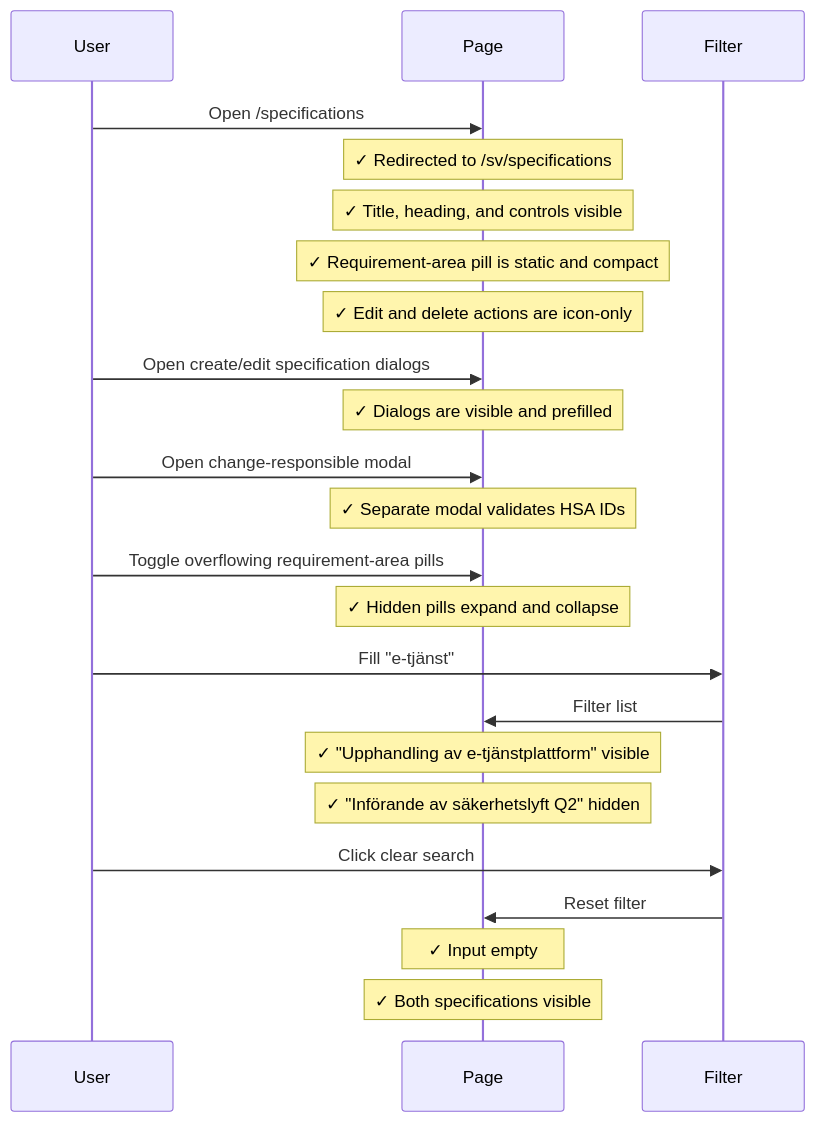
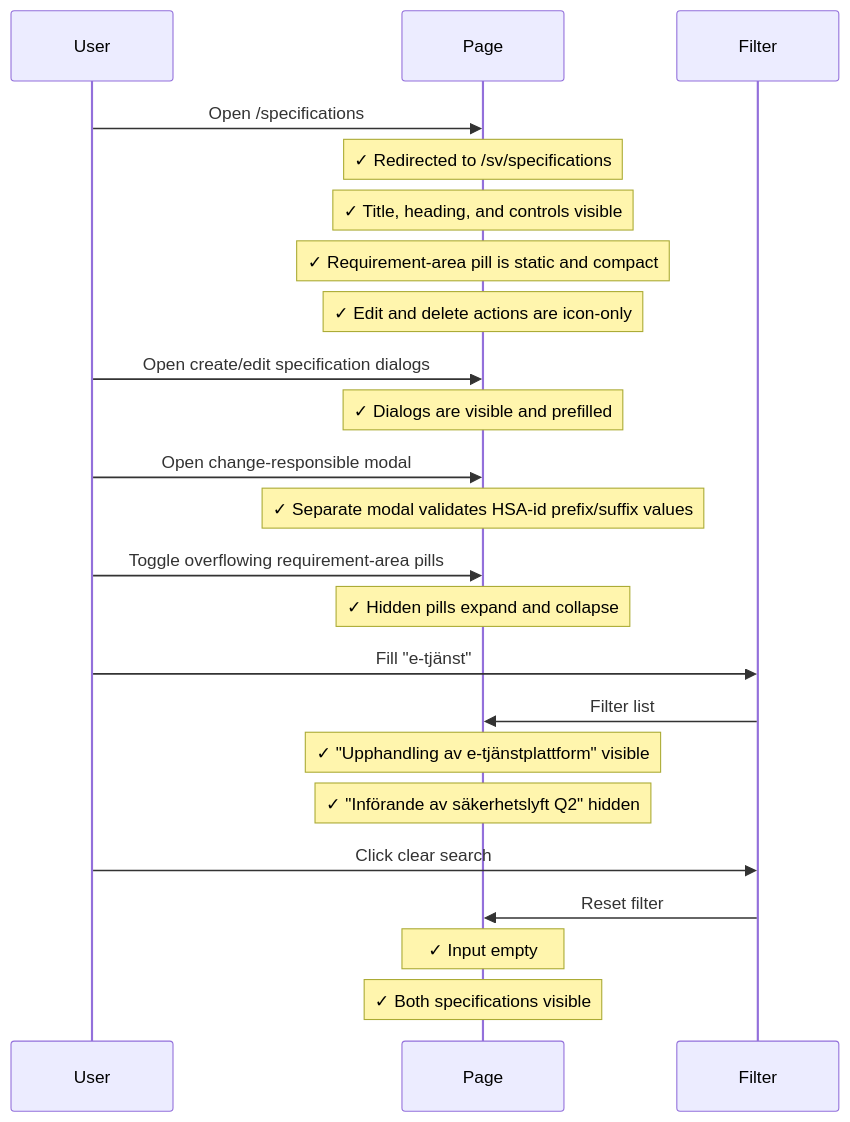
Before and after one commit to viscalyx/Kravhantering: the second of 3 diagrams in tests/integration/specifications-list.md, drawn with Mermaid. The commit also changed other lines of this file and 13 other files, not shown here.

````diff
--- a/tests/integration/specifications-list.md
+++ b/tests/integration/specifications-list.md
@@ -82,26 +83,26 @@
 ```mermaid
 sequenceDiagram
     participant U as User
     participant P as Page
     participant F as Filter
 
     U->>P: Open /specifications
     Note over P: ✓ Redirected to /sv/specifications
     Note over P: ✓ Title, heading, and controls visible
     Note over P: ✓ Requirement-area pill is static and compact
     Note over P: ✓ Edit and delete actions are icon-only
     U->>P: Open create/edit specification dialogs
     Note over P: ✓ Dialogs are visible and prefilled
     U->>P: Open change-responsible modal
-    Note over P: ✓ Separate modal validates HSA IDs
+    Note over P: ✓ Separate modal validates HSA-id prefix/suffix values
     U->>P: Toggle overflowing requirement-area pills
     Note over P: ✓ Hidden pills expand and collapse
     U->>F: Fill "e-tjänst"
     F->>P: Filter list
     Note over P: ✓ "Upphandling av e-tjänstplattform" visible
     Note over P: ✓ "Införande av säkerhetslyft Q2" hidden
     U->>F: Click clear search
     F->>P: Reset filter
     Note over P: ✓ Input empty
     Note over P: ✓ Both specifications visible
 ```
````
